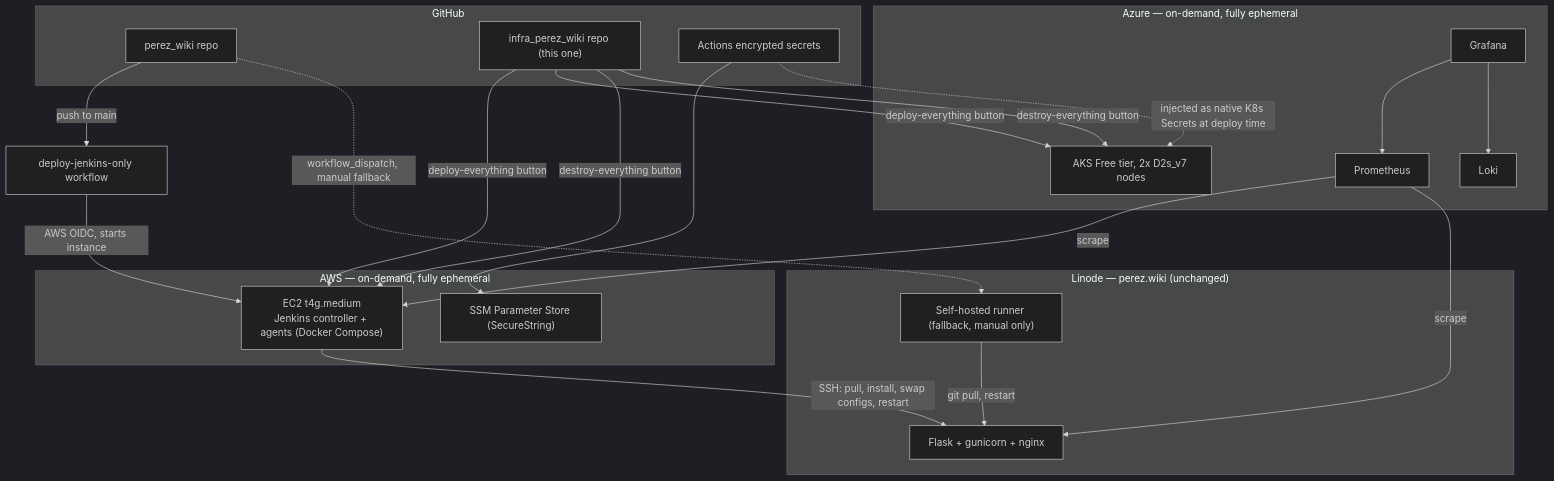
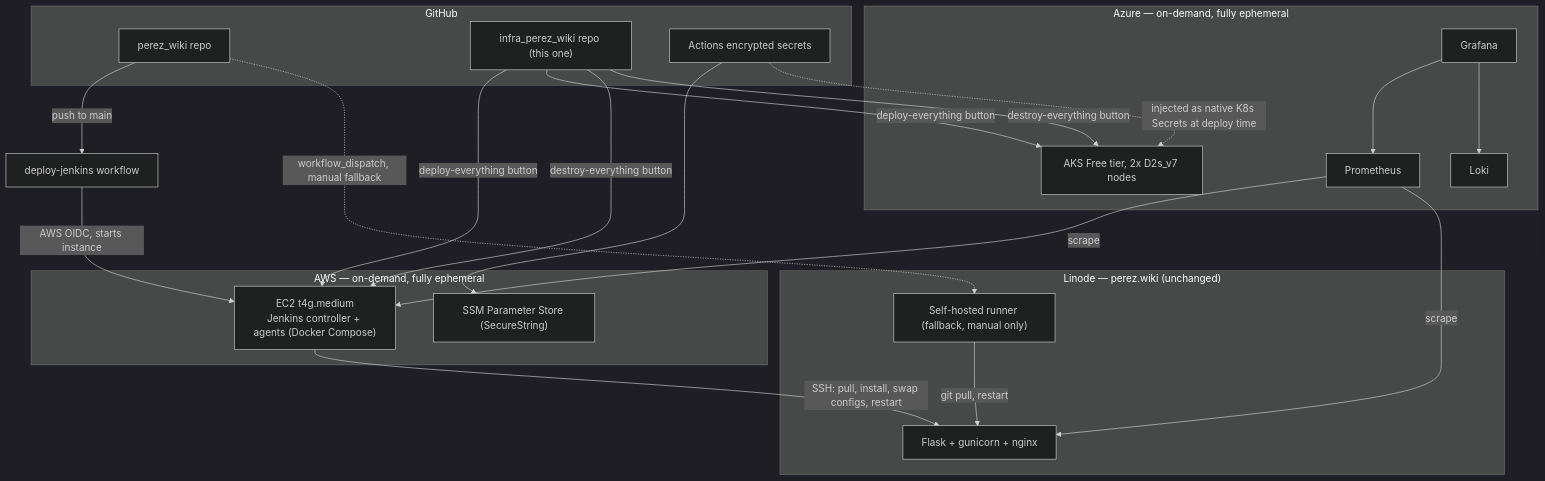
One commit to evolvingsewage/infra_perez_wiki changed the diagram in README.md. Above: the diagram before and after it, drawn with Mermaid (dark theme). The commit also changed other lines of this file and 3 other files, not shown here.

````diff
--- a/README.md
+++ b/README.md
@@ -17,44 +17,44 @@
 ```mermaid
 flowchart TB
     subgraph GH["GitHub"]
         PW["perez_wiki repo"]
         IPW["infra_perez_wiki repo (this one)"]
         SEC["Actions encrypted secrets"]
     end
 
     subgraph Linode["Linode — perez.wiki (unchanged)"]
         WEB["Flask + gunicorn + nginx"]
         RUNNER["Self-hosted runner (fallback, manual only)"]
     end
 
     subgraph AWS["AWS — on-demand, fully ephemeral"]
         EC2["EC2 t4g.medium\nJenkins controller + agents (Docker Compose)"]
         SSM["SSM Parameter Store (SecureString)"]
     end
 
     subgraph Azure["Azure — on-demand, fully ephemeral"]
         AKS["AKS Free tier, 2x D2s_v7 nodes"]
         GRAF["Grafana"]
         PROM["Prometheus"]
         LOKI["Loki"]
     end
 
-    PW -- "push to main" --> DJ["deploy-jenkins-only workflow"]
+    PW -- "push to main" --> DJ["deploy-jenkins workflow"]
     DJ -- "AWS OIDC, starts instance" --> EC2
     EC2 -- "SSH: pull, install, swap configs, restart" --> WEB
     PW -. "workflow_dispatch, manual fallback" .-> RUNNER
     RUNNER -- "git pull, restart" --> WEB
 
     IPW -- "deploy-everything button" --> EC2
     IPW -- "deploy-everything button" --> AKS
     IPW -- "destroy-everything button" --> EC2
     IPW -- "destroy-everything button" --> AKS
 
     SEC --> SSM
     SEC -. "injected as native K8s Secrets at deploy time" .-> AKS
 
     PROM -- "scrape" --> EC2
     PROM -- "scrape" --> WEB
     GRAF --> PROM
     GRAF --> LOKI
 ```
````
